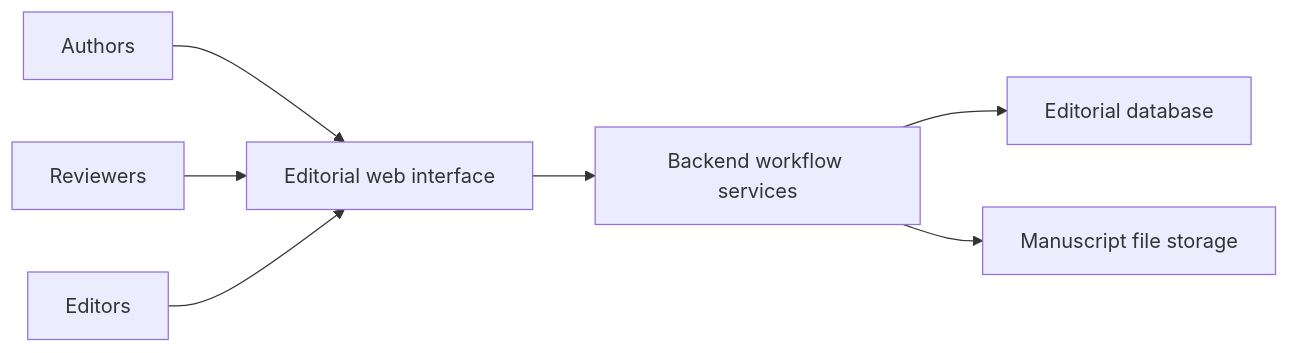
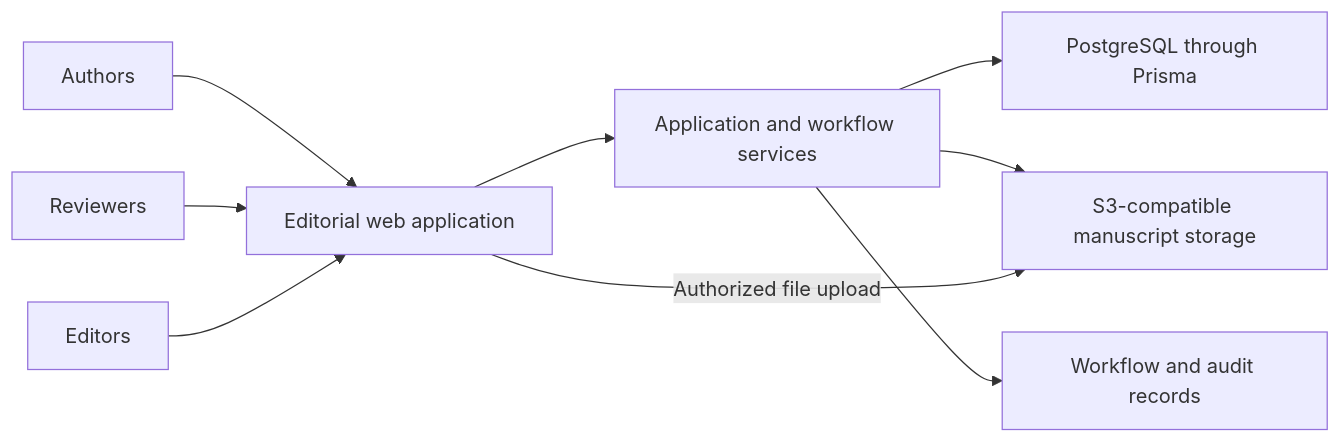
The diagram in PJPS/README.md (muhammadrayyankashif/Engineering-Projects), drawn with Mermaid before and after one commit. The commit also changed other lines of this file and 6 other files, not shown here.

Commit message:
Expand project workflows and source-backed architecture descriptions

````diff
--- a/PJPS/README.md
+++ b/PJPS/README.md
@@ -23,9 +31,11 @@
 ```mermaid
 flowchart LR
-    A[Authors] --> UI[Editorial web interface]
+    A[Authors] --> UI[Editorial web application]
     R[Reviewers] --> UI
     E[Editors] --> UI
-    UI --> B[Backend workflow services]
-    B --> D[Editorial database]
-    B --> F[Manuscript file storage]
+    UI --> B[Application and workflow services]
+    B --> DB[PostgreSQL through Prisma]
+    B --> FILES[S3-compatible manuscript storage]
+    UI -->|Authorized file upload| FILES
+    B --> LOG[Workflow and audit records]
 ```
````
